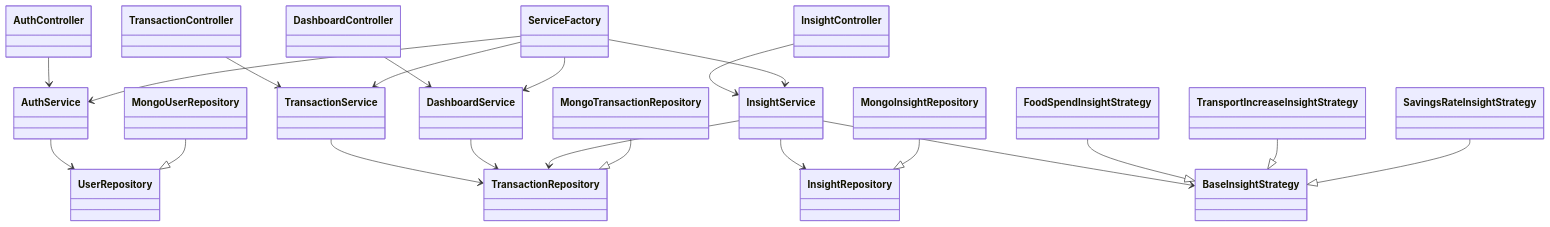
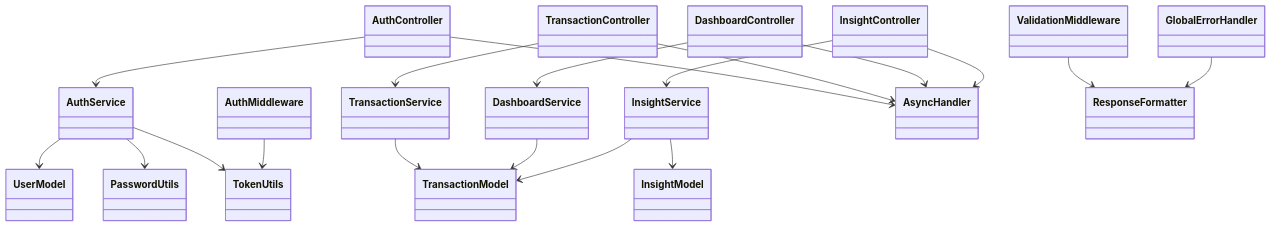
The diagram in docs/uml/class-diagram.md (muuhesham/finance-tracker), drawn with Mermaid before and after one commit. The commit also changed 12 other files, not shown here.

````diff
--- a/docs/uml/class-diagram.md
+++ b/docs/uml/class-diagram.md
@@ -3,49 +3,46 @@
 ```mermaid
 classDiagram
   class AuthController
   class TransactionController
   class DashboardController
   class InsightController
 
   class AuthService
   class TransactionService
   class DashboardService
   class InsightService
-  class ServiceFactory
 
-  class UserRepository
-  class TransactionRepository
-  class InsightRepository
+  class UserModel
+  class TransactionModel
+  class InsightModel
 
-  class MongoUserRepository
-  class MongoTransactionRepository
-  class MongoInsightRepository
+  class AuthMiddleware
+  class ValidationMiddleware
+  class GlobalErrorHandler
 
-  class BaseInsightStrategy
-  class FoodSpendInsightStrategy
-  class TransportIncreaseInsightStrategy
-  class SavingsRateInsightStrategy
+  class PasswordUtils
+  class TokenUtils
+  class AsyncHandler
+  class ResponseFormatter
 
   AuthController --> AuthService
+  AuthController --> AsyncHandler
   TransactionController --> TransactionService
+  TransactionController --> AsyncHandler
   DashboardController --> DashboardService
+  DashboardController --> AsyncHandler
   InsightController --> InsightService
+  InsightController --> AsyncHandler
 
-  AuthService --> UserRepository
-  TransactionService --> TransactionRepository
-  DashboardService --> TransactionRepository
-  InsightService --> TransactionRepository
-  InsightService --> InsightRepository
-  InsightService --> BaseInsightStrategy
+  AuthService --> UserModel
+  AuthService --> PasswordUtils
+  AuthService --> TokenUtils
+  TransactionService --> TransactionModel
+  DashboardService --> TransactionModel
+  InsightService --> TransactionModel
+  InsightService --> InsightModel
 
-  MongoUserRepository --|> UserRepository
-  MongoTransactionRepository --|> TransactionRepository
-  MongoInsightRepository --|> InsightRepository
-  FoodSpendInsightStrategy --|> BaseInsightStrategy
-  TransportIncreaseInsightStrategy --|> BaseInsightStrategy
-  SavingsRateInsightStrategy --|> BaseInsightStrategy
-  ServiceFactory --> AuthService
-  ServiceFactory --> TransactionService
-  ServiceFactory --> DashboardService
-  ServiceFactory --> InsightService
+  AuthMiddleware --> TokenUtils
+  ValidationMiddleware --> ResponseFormatter
+  GlobalErrorHandler --> ResponseFormatter
 ```
````
